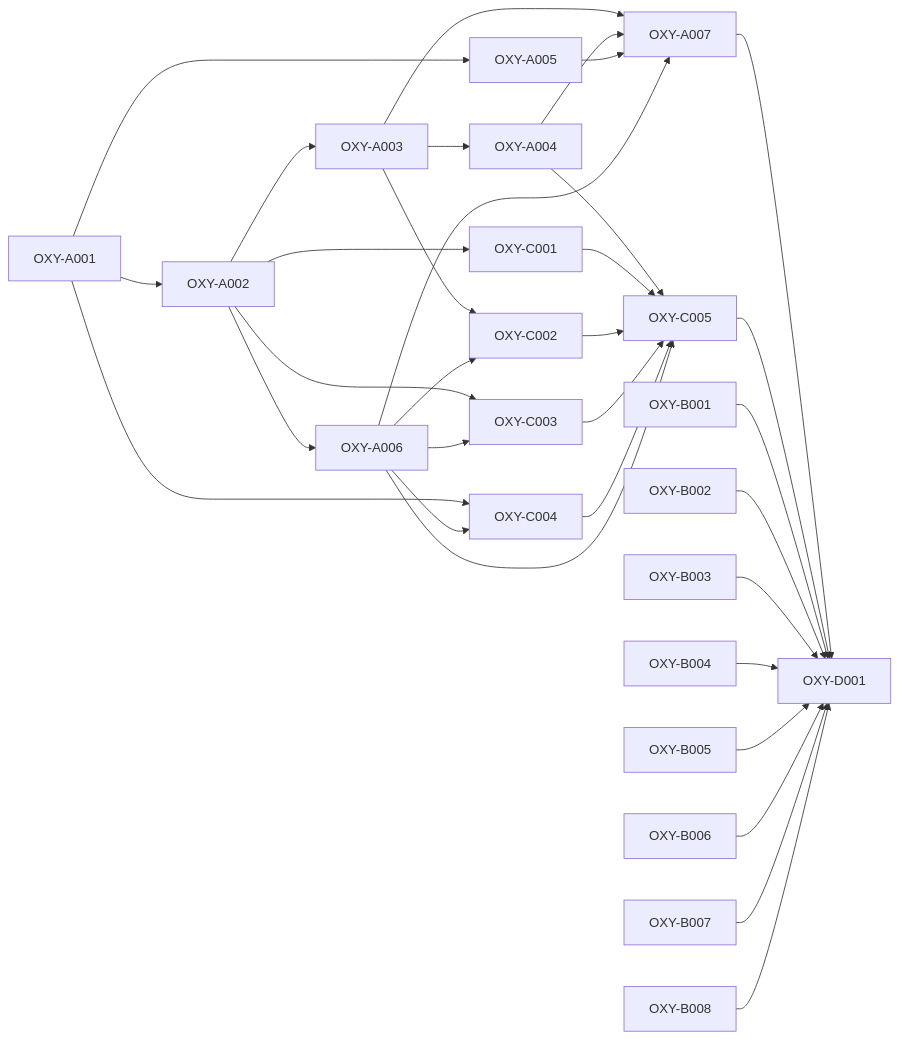
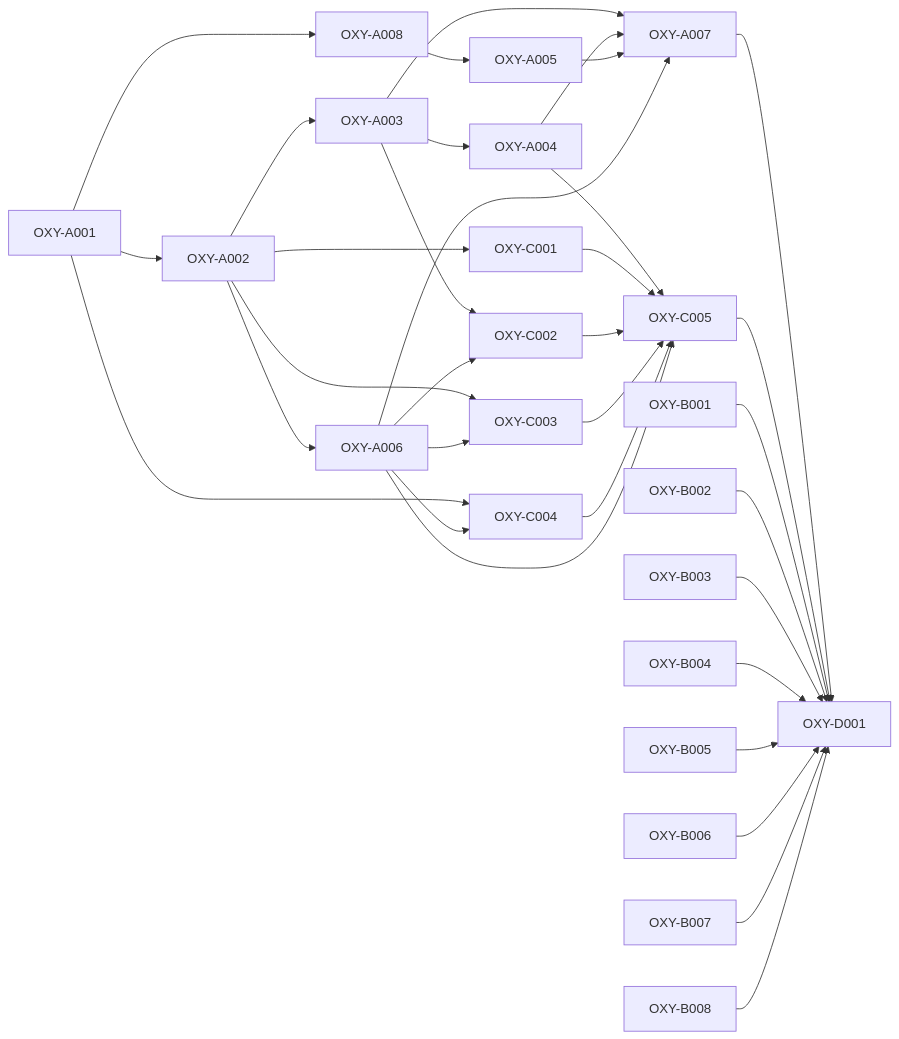
The diagram in .constitution/tasks/critical-path.md (SkrOYC/oxyflut), drawn with Mermaid before and after one commit. The commit also changed other lines of this file and 24 other files, not shown here.

````diff
--- a/.constitution/tasks/critical-path.md
+++ b/.constitution/tasks/critical-path.md
@@ -24,35 +24,36 @@
 ```mermaid
 flowchart LR
     A001[OXY-A001] --> A002[OXY-A002]
-    A001 --> A005[OXY-A005]
+    A001 --> A008[OXY-A008]
+    A008 --> A005[OXY-A005]
     A002 --> A003[OXY-A003]
     A002 --> A006[OXY-A006]
     A002 --> C001[OXY-C001]
     A003 --> A004[OXY-A004]
     A003 --> A007[OXY-A007]
     A003 --> C002[OXY-C002]
     A004 --> A007
     A004 --> C005[OXY-C005]
     A005 --> A007
     A006 --> A007
     A006 --> C002
     A002 --> C003[OXY-C003]
     A006 --> C003
     A001 --> C004[OXY-C004]
     A006 --> C004
     C001 --> C005
     C002 --> C005
     C003 --> C005
     C004 --> C005
     A006 --> C005
     A007 --> D001[OXY-D001]
     C005 --> D001
     B001[OXY-B001] --> D001
     B002[OXY-B002] --> D001
     B003[OXY-B003] --> D001
     B004[OXY-B004] --> D001
     B005[OXY-B005] --> D001
     B006[OXY-B006] --> D001
     B007[OXY-B007] --> D001
     B008[OXY-B008] --> D001
 ```
````
